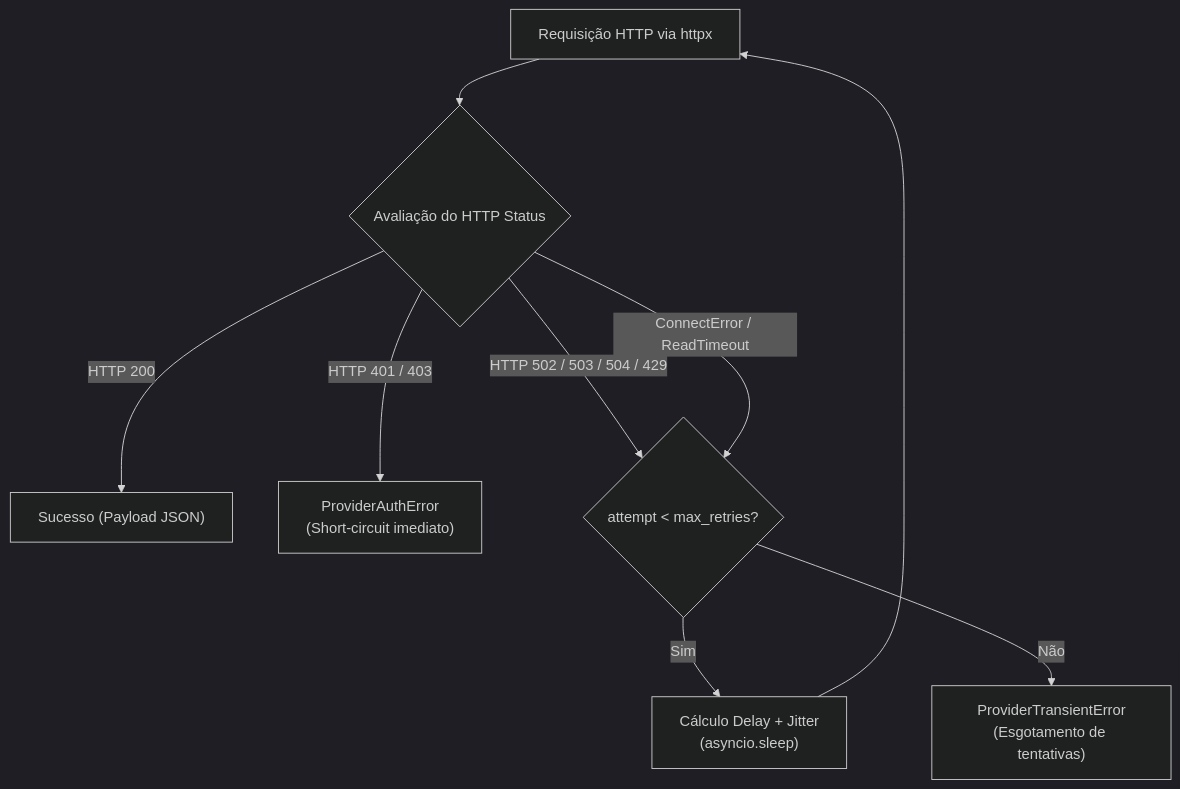
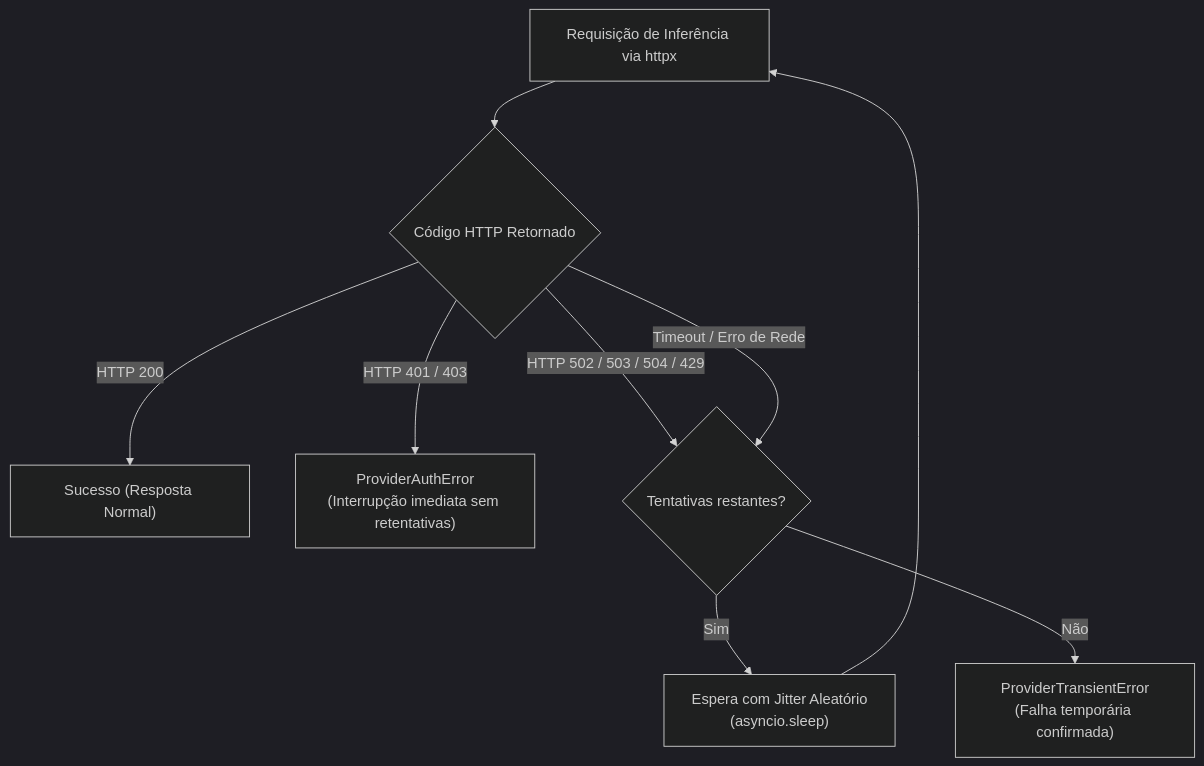
Before and after one commit to lyonpamplona/piDots: the fourth of 5 diagrams in ARCHITECTURE.md, drawn with Mermaid (dark theme). The commit also changed other lines of this file and 5 other files, not shown here.

````diff
--- a/ARCHITECTURE.md
+++ b/ARCHITECTURE.md
@@ -560,12 +386,12 @@
 ```mermaid
 flowchart TD
-    Req["Requisição HTTP via httpx"] --> CodeCheck{"Avaliação do HTTP Status"}
+    Req["Requisição de Inferência via httpx"] --> CodeCheck{"Código HTTP Retornado"}
     
-    CodeCheck -->|HTTP 200| OK["Sucesso (Payload JSON)"]
-    CodeCheck -->|HTTP 401 / 403| AuthErr["ProviderAuthError\n(Short-circuit imediato)"]
-    CodeCheck -->|HTTP 502 / 503 / 504 / 429| RetryCheck{"attempt < max_retries?"}
-    CodeCheck -->|ConnectError / ReadTimeout| RetryCheck
+    CodeCheck -->|HTTP 200| OK["Sucesso (Resposta Normal)"]
+    CodeCheck -->|HTTP 401 / 403| AuthErr["ProviderAuthError\n(Interrupção imediata sem retentativas)"]
+    CodeCheck -->|HTTP 502 / 503 / 504 / 429| RetryCheck{"Tentativas restantes?"}
+    CodeCheck -->|Timeout / Erro de Rede| RetryCheck
     
-    RetryCheck -->|Sim| Backoff["Cálculo Delay + Jitter\n(asyncio.sleep)"] --> Req
-    RetryCheck -->|Não| TransErr["ProviderTransientError\n(Esgotamento de tentativas)"]
+    RetryCheck -->|Sim| Backoff["Espera com Jitter Aleatório\n(asyncio.sleep)"] --> Req
+    RetryCheck -->|Não| TransErr["ProviderTransientError\n(Falha temporária confirmada)"]
 ```
````
